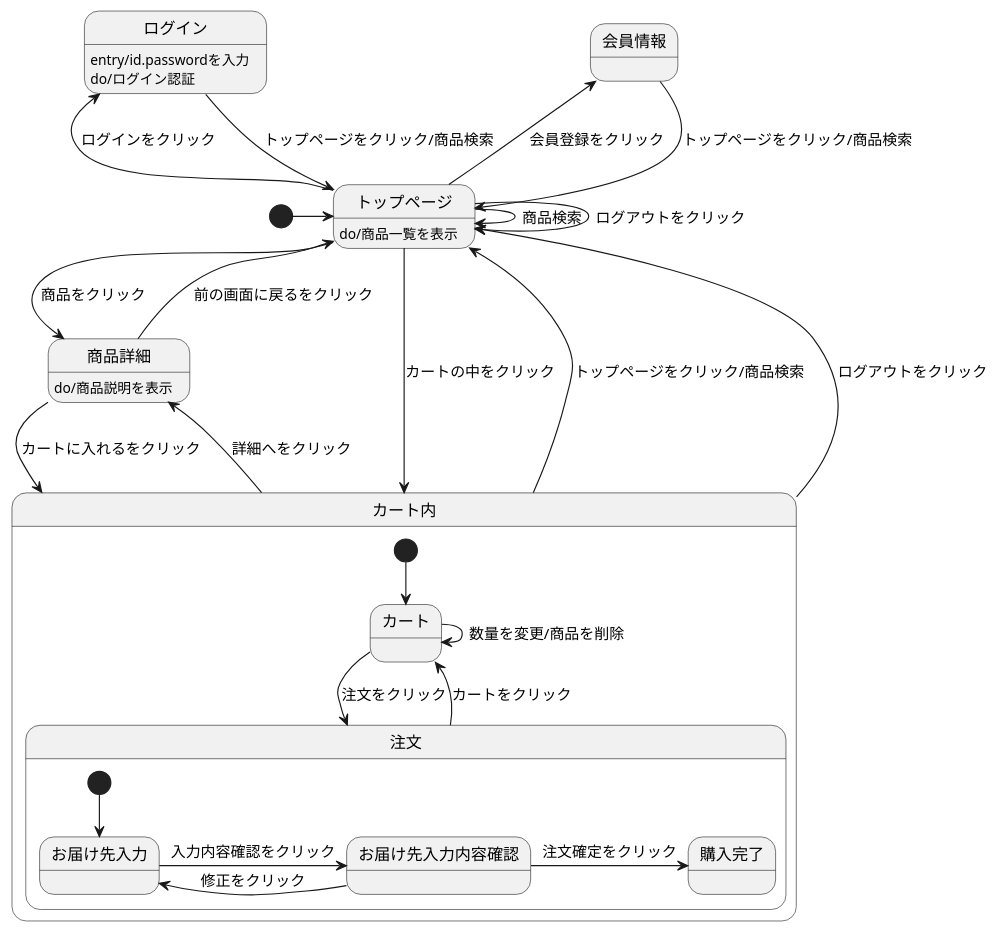
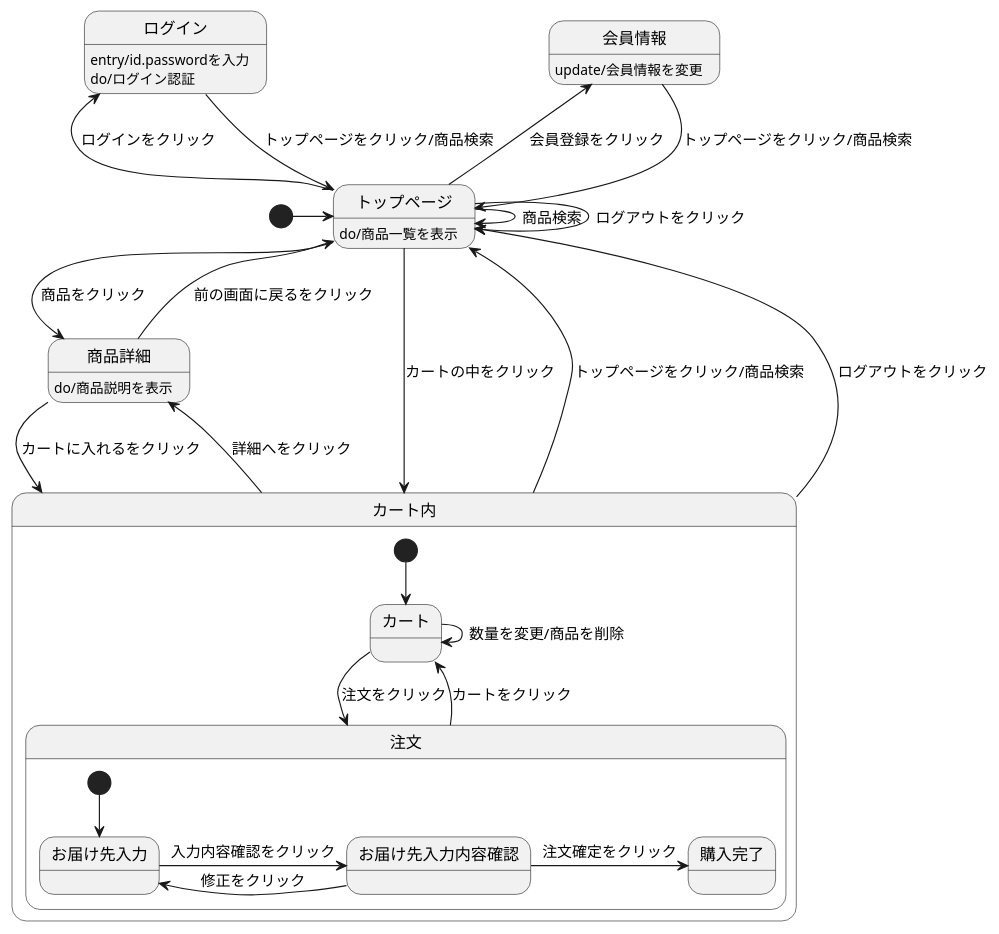
Before and after one commit to Aso2001027/2021sys-design: the diagram in shopping1.md, drawn with PlantUML.

````diff
--- a/shopping1.md
+++ b/shopping1.md
@@ -1,35 +1,37 @@
 ```uml
 @startuml
 [*] -> トップページ
 会員情報 --> トップページ : トップページをクリック/商品検索
 ログイン --> トップページ : トップページをクリック/商品検索
 ログイン : entry/id.passwordを入力
 ログイン : do/ログイン認証
+会員情報 : update/会員情報を変更
+
 トップページ --> トップページ : ログアウトをクリック
 トップページ -> トップページ : 商品検索
 トップページ -> 商品詳細 : 商品をクリック
 トップページ -left-> 会員情報 : 会員登録をクリック
 トップページ -left-> ログイン : ログインをクリック
 トップページ --> カート内 : カートの中をクリック
 トップページ : do/商品一覧を表示
 商品詳細 --> カート内 : カートに入れるをクリック
 商品詳細 --> トップページ : 前の画面に戻るをクリック
 商品詳細 : do/商品説明を表示
 カート内 -up-> トップページ : トップページをクリック/商品検索
 カート内 -up-> トップページ : ログアウトをクリック
 カート内 -> 商品詳細 : 詳細へをクリック
 
 state カート内{
 [*] --> カート
 カート -> 注文 : 注文をクリック
 カート -> カート : 数量を変更/商品を削除
 注文 --> カート : カートをクリック
 state 注文 {
 [*] --> お届け先入力
 お届け先入力 -> お届け先入力内容確認 : 入力内容確認をクリック
 お届け先入力内容確認 -> お届け先入力 : 修正をクリック
 お届け先入力内容確認 -> 購入完了 : 注文確定をクリック
   }
 }
 @enduml
 ```
````
